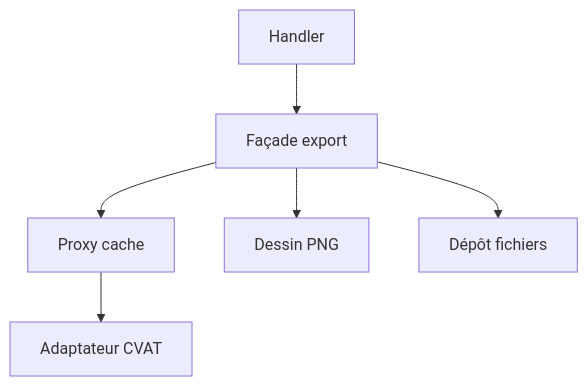
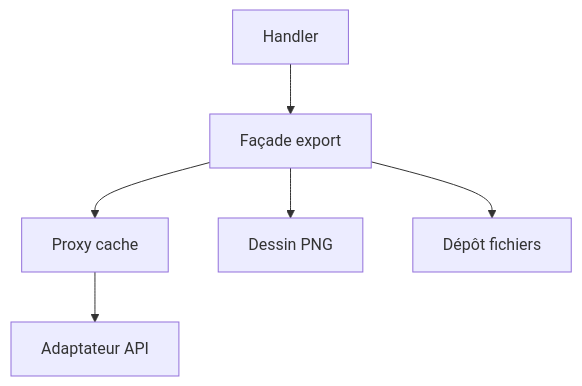
Before and after one commit to galsen-76/Informatique-: the diagram in 02 — Cours/22 Design patterns/Cours - Design patterns structurels.md, drawn with Mermaid. The commit also changed other lines of this file and 503 other files, not shown here.

````diff
--- a/02 — Cours/22 Design patterns/Cours - Design patterns structurels.md
+++ b/02 — Cours/22 Design patterns/Cours - Design patterns structurels.md
@@ -30,8 +30,8 @@
 ```mermaid
 flowchart TD
   H[Handler] --> F[Façade export]
   F --> C[Proxy cache]
-  C --> A[Adaptateur CVAT]
+  C --> A[Adaptateur API]
   F --> D[Dessin PNG]
   F --> S[Dépôt fichiers]
 ```
````
